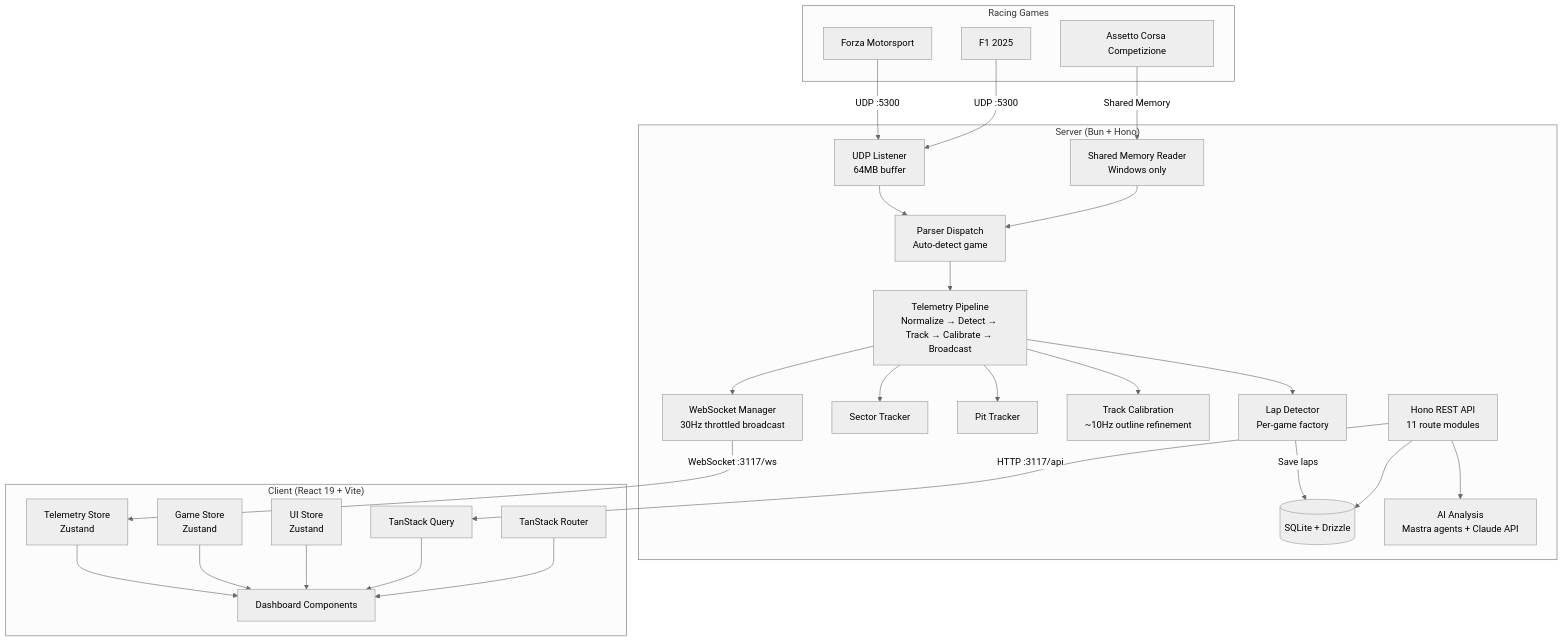
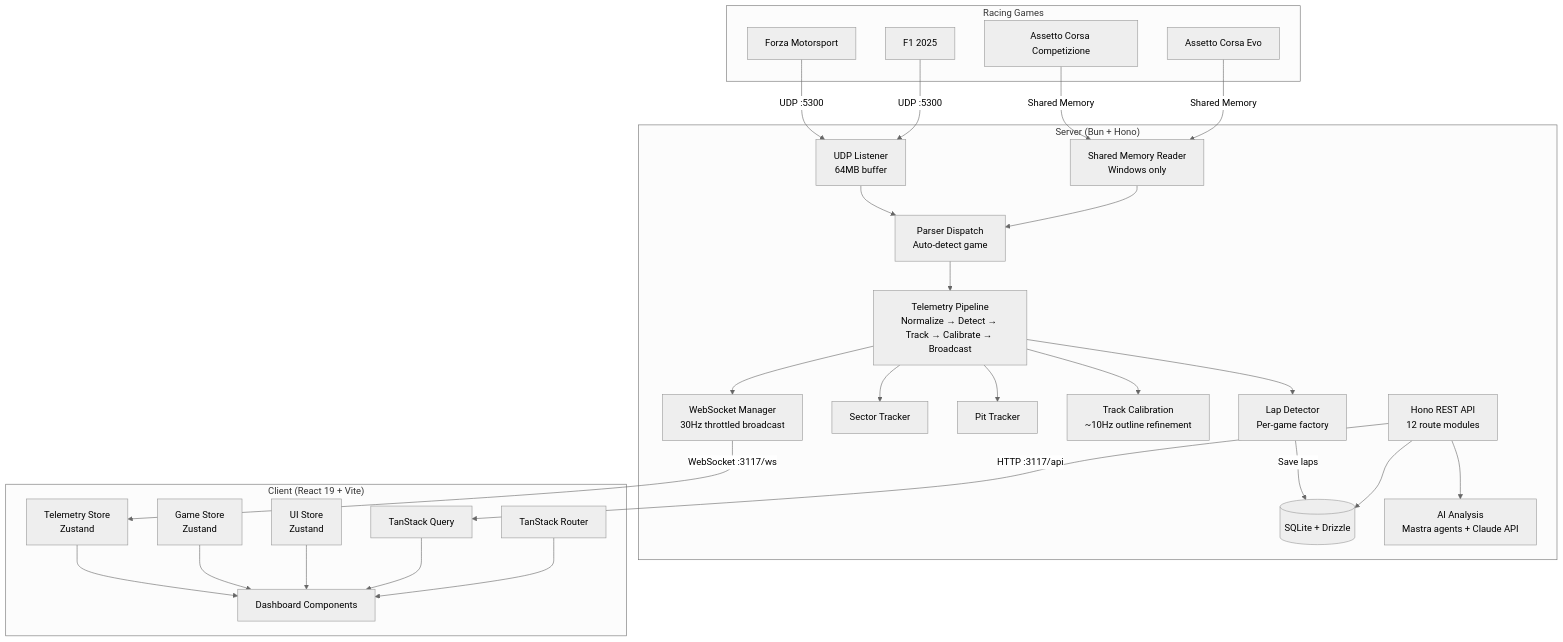
The first of 12 diagrams in ARCHITECTURE.md (dedeco-carrera/RaceIQ), drawn with Mermaid (neutral theme) before and after one commit. The commit also changed other lines of this file and 168 other files, not shown here.

First line of the commit message:
feat(ac-evo): Assetto Corsa Evo game adapter (#42)

````diff
--- a/ARCHITECTURE.md
+++ b/ARCHITECTURE.md
@@ -7,55 +7,57 @@
 ```mermaid
 graph TB
     subgraph Games["Racing Games"]
         FM[Forza Motorsport]
         F1[F1 2025]
         ACC[Assetto Corsa Competizione]
+        ACEVO[Assetto Corsa Evo]
     end
 
     subgraph Server["Server (Bun + Hono)"]
         UDP[UDP Listener<br/>64MB buffer]
         SHM[Shared Memory Reader<br/>Windows only]
         Parser[Parser Dispatch<br/>Auto-detect game]
         Pipeline[Telemetry Pipeline<br/>Normalize → Detect → Track → Calibrate → Broadcast]
         LapDet[Lap Detector<br/>Per-game factory]
         SectorTrack[Sector Tracker]
         PitTrack[Pit Tracker]
         TrackCal[Track Calibration<br/>~10Hz outline refinement]
         WS[WebSocket Manager<br/>30Hz throttled broadcast]
-        API[Hono REST API<br/>11 route modules]
+        API[Hono REST API<br/>12 route modules]
         DB[(SQLite + Drizzle)]
         AI[AI Analysis<br/>Mastra agents + Claude API]
     end
 
     subgraph Client["Client (React 19 + Vite)"]
         Router[TanStack Router]
         TelStore[Telemetry Store<br/>Zustand]
         GameStore[Game Store<br/>Zustand]
         UIStore[UI Store<br/>Zustand]
         Query[TanStack Query]
         UI[Dashboard Components]
     end
 
     FM -- "UDP :5300" --> UDP
     F1 -- "UDP :5300" --> UDP
     ACC -- "Shared Memory" --> SHM
+    ACEVO -- "Shared Memory" --> SHM
 
     UDP --> Parser
     SHM --> Parser
     Parser --> Pipeline
     Pipeline --> LapDet
     Pipeline --> SectorTrack
     Pipeline --> PitTrack
     Pipeline --> TrackCal
     Pipeline --> WS
     LapDet -- "Save laps" --> DB
     WS -- "WebSocket :3117/ws" --> TelStore
     API -- "HTTP :3117/api" --> Query
     API --> DB
     API --> AI
     TelStore --> UI
     GameStore --> UI
     UIStore --> UI
     Query --> UI
     Router --> UI
 ```
````
